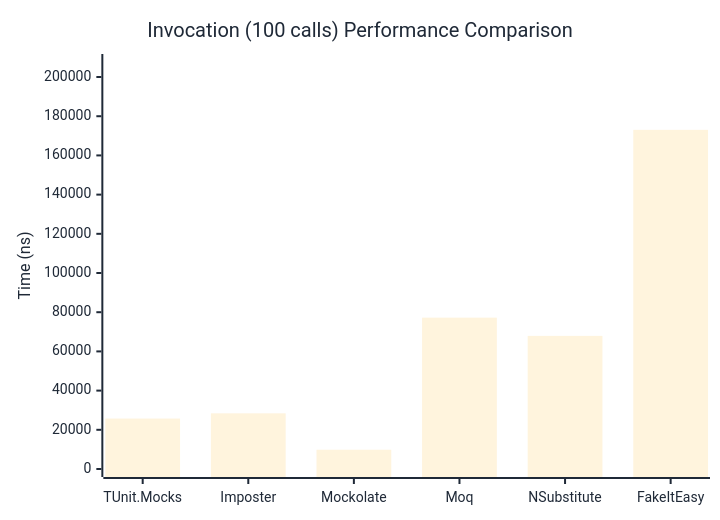
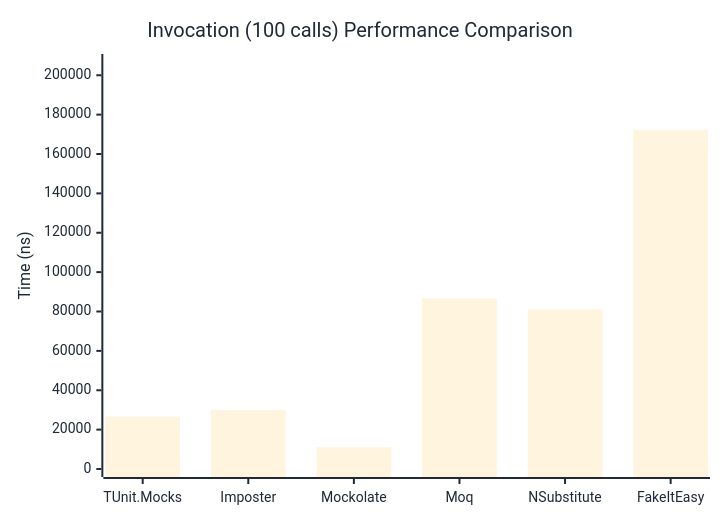
One commit to thomhurst/TUnit changed the third of 3 diagrams in docs/docs/benchmarks/mocks/Invocation.md. Above: the diagram before and after it, drawn with Mermaid. The commit also changed other lines of this file and 14 other files, not shown here.

````diff
--- a/docs/docs/benchmarks/mocks/Invocation.md
+++ b/docs/docs/benchmarks/mocks/Invocation.md
@@ -110,27 +110,27 @@
 ```mermaid
 %%{init: {
   'theme':'base',
   'themeVariables': {
     'primaryColor': '#2563eb',
     'primaryTextColor': '#1f2937',
     'primaryBorderColor': '#1e40af',
     'lineColor': '#6b7280',
     'secondaryColor': '#7c3aed',
     'tertiaryColor': '#dc2626',
     'background': '#ffffff',
     'pie1': '#2563eb',
     'pie2': '#7c3aed',
     'pie3': '#dc2626',
     'pie4': '#f59e0b',
     'pie5': '#10b981',
     'pie6': '#06b6d4',
     'pie7': '#ec4899',
     'pie8': '#6366f1'
   }
 }}%%
 xychart-beta
   title "Invocation (100 calls) Performance Comparison"
   x-axis ["TUnit.Mocks", "Imposter", "Mockolate", "Moq", "NSubstitute", "FakeItEasy"]
-  y-axis "Time (ns)" 0 --> 207667
-  bar [25740.87, 28404.96, 9831.15, 77229.62, 67921.86, 173055.26]
+  y-axis "Time (ns)" 0 --> 206732
+  bar [26592.2, 29983, 11084.2, 86691.8, 81197.3, 172276.3]
 ```
````
